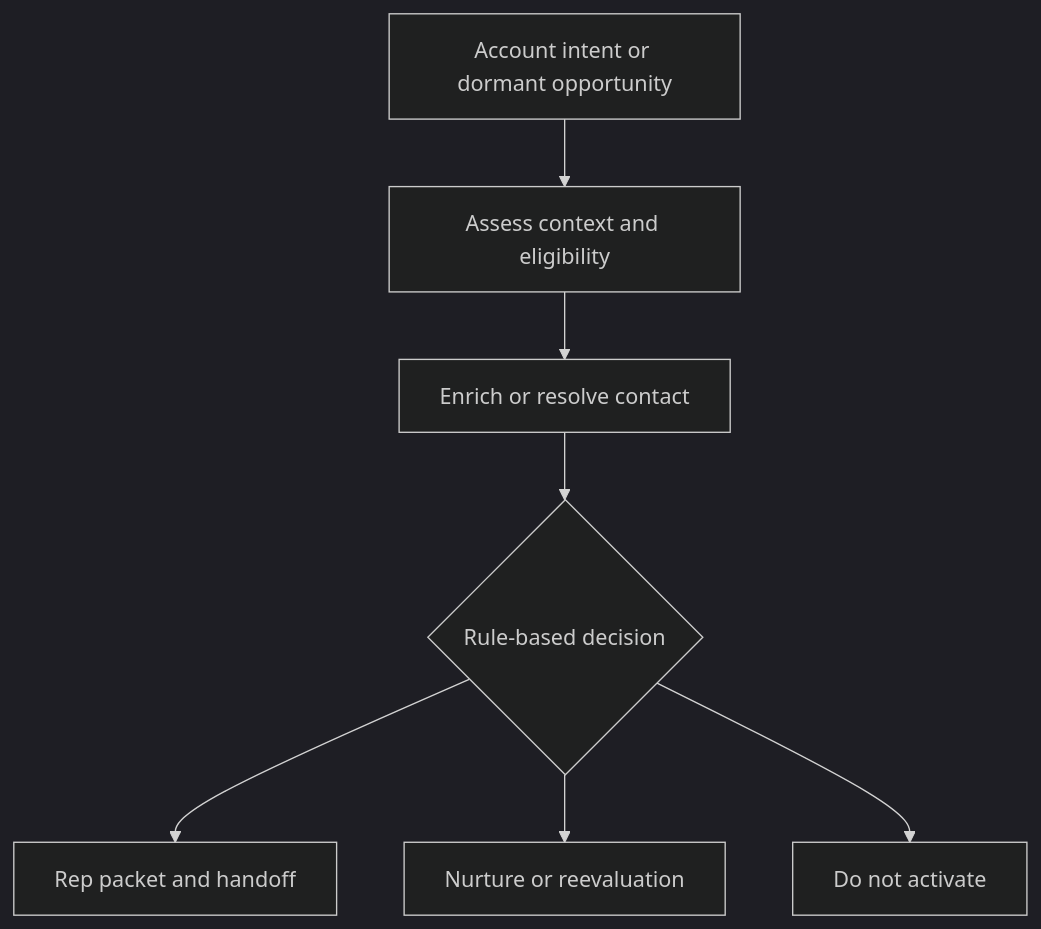
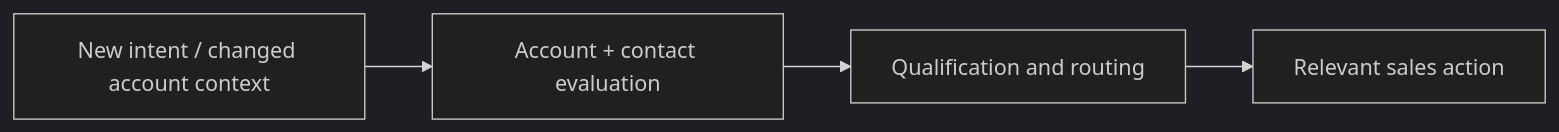
Before and after one commit to jtwood7/ai-growth-automation-portfolio: the diagram in acquisition/README.md, drawn with Mermaid (dark theme). The commit also changed other lines of this file, not shown here.

````diff
--- a/acquisition/README.md
+++ b/acquisition/README.md
@@ -10,9 +21,6 @@
 ```mermaid
-flowchart TD
- A[Account intent or dormant opportunity] --> B[Assess context and eligibility]
- B --> C[Enrich or resolve contact]
- C --> D{Rule-based decision}
- D --> E[Rep packet and handoff]
- D --> F[Nurture or reevaluation]
- D --> G[Do not activate]
+flowchart LR
+ A["New intent / changed account context"] --> B["Account + contact evaluation"]
+ B --> C["Qualification and routing"]
+ C --> D["Relevant sales action"]
 ```
````
